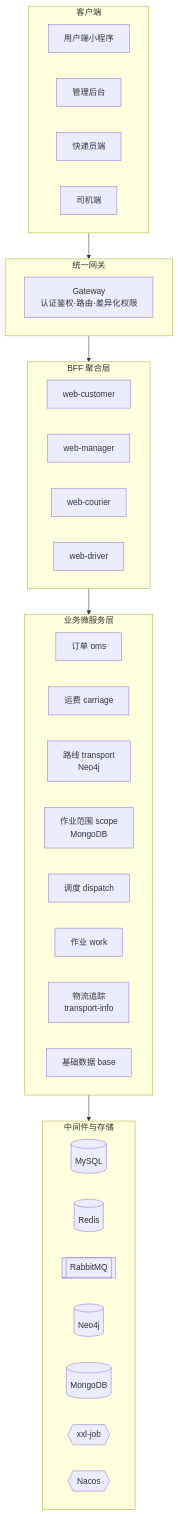
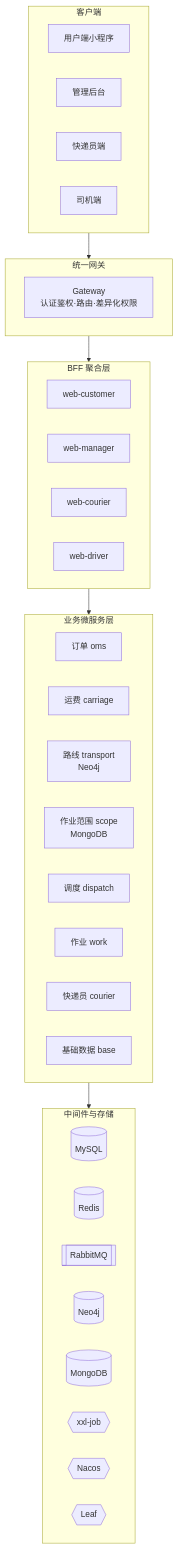
The first of 2 diagrams in README.md (lbx-ux/sl-express), drawn with Mermaid before and after one commit. The commit also changed other lines of this file and 2 other files, not shown here.

````diff
--- a/README.md
+++ b/README.md
@@ -29,43 +55,44 @@
 ```mermaid
 flowchart TB
     subgraph client[客户端]
         direction LR
         C1[用户端小程序]
         C2[管理后台]
         C3[快递员端]
         C4[司机端]
     end
     subgraph gw[统一网关]
         GW[Gateway<br/>认证鉴权·路由·差异化权限]
     end
     subgraph bff[BFF 聚合层]
         direction LR
         W1[web-customer]
         W2[web-manager]
         W3[web-courier]
         W4[web-driver]
     end
     subgraph svc[业务微服务层]
         direction LR
         S1[订单 oms]
         S2[运费 carriage]
         S3[路线 transport<br/>Neo4j]
         S4[作业范围 scope<br/>MongoDB]
         S5[调度 dispatch]
         S6[作业 work]
-        S7[物流追踪<br/>transport-info]
+        S7[快递员 courier]
         S8[基础数据 base]
     end
     subgraph mw[中间件与存储]
         direction LR
         M1[(MySQL)]
         M2[(Redis)]
         M3[[RabbitMQ]]
         M4[(Neo4j)]
         M5[(MongoDB)]
         M6{{xxl-job}}
         M7{{Nacos}}
+        M8{{Leaf}}
     end
     client --> gw --> bff --> svc
     svc --> mw
 ```
````
